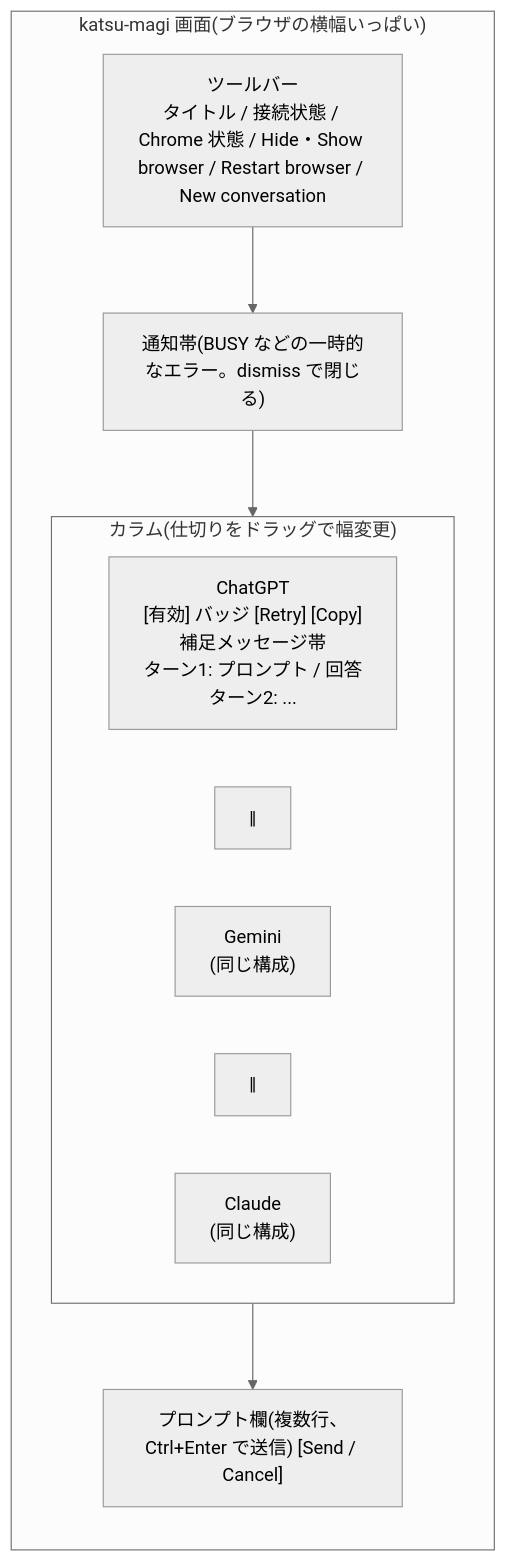
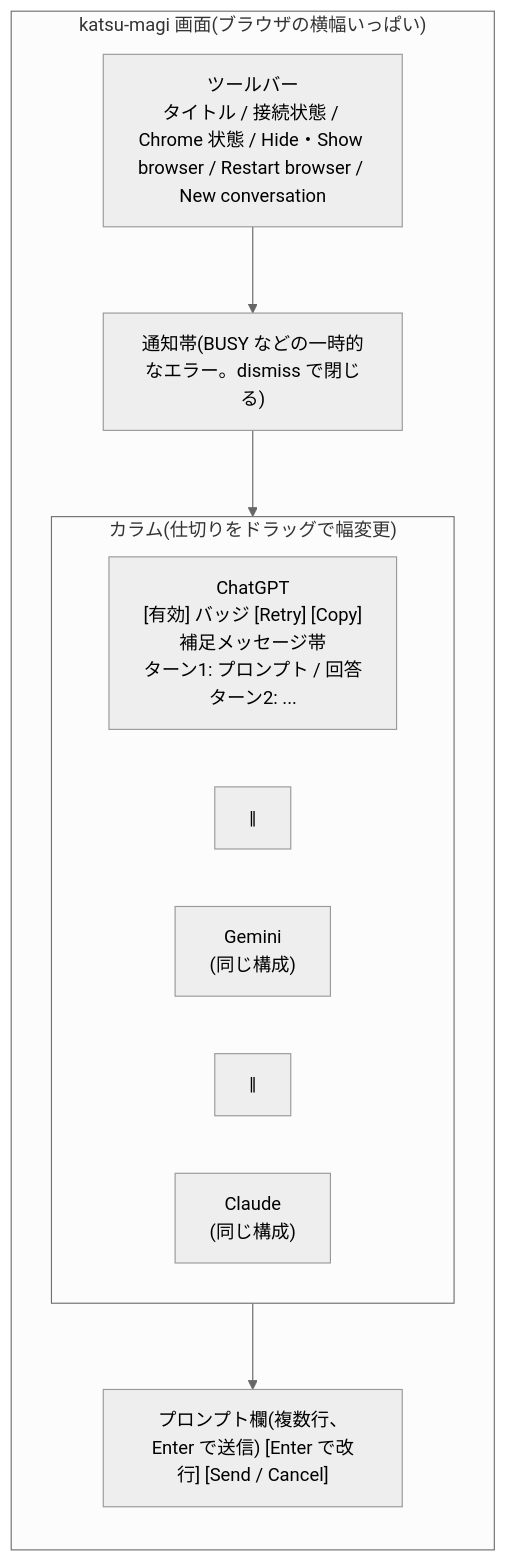
One commit to MotoyukiKatsumata/katsu-magi changed the third of 3 diagrams in docs/functional-spec.md. Above: the diagram before and after it, drawn with Mermaid (neutral theme). The commit also changed other lines of this file and 22 other files, not shown here.

````diff
--- a/docs/functional-spec.md
+++ b/docs/functional-spec.md
@@ -422,18 +444,18 @@
 ```mermaid
 flowchart TB
     subgraph screen["katsu-magi 画面(ブラウザの横幅いっぱい)"]
         direction TB
         TB["ツールバー<br/>タイトル / 接続状態 / Chrome 状態 / Hide・Show browser / Restart browser / New conversation"]
         NT["通知帯(BUSY などの一時的なエラー。dismiss で閉じる)"]
         subgraph cols["カラム(仕切りをドラッグで幅変更)"]
             direction LR
             C1["ChatGPT<br/>[有効] バッジ [Retry] [Copy]<br/>補足メッセージ帯<br/>ターン1: プロンプト / 回答<br/>ターン2: ..."]
             H1["‖"]
             C2["Gemini<br/>(同じ構成)"]
             H2["‖"]
             C3["Claude<br/>(同じ構成)"]
         end
-        PB["プロンプト欄(複数行、Ctrl+Enter で送信) [Send / Cancel]"]
+        PB["プロンプト欄(複数行、Enter で送信) [Enter で改行] [Send / Cancel]"]
     end
     TB --> NT --> cols --> PB
 ```
````
